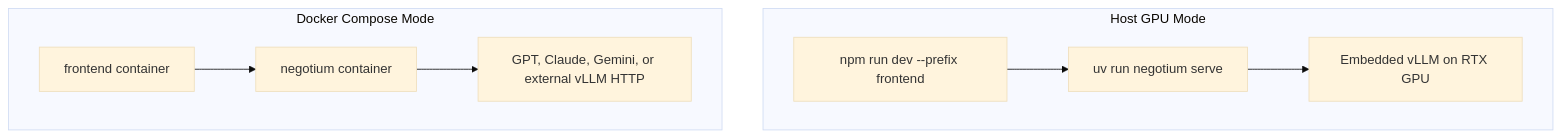
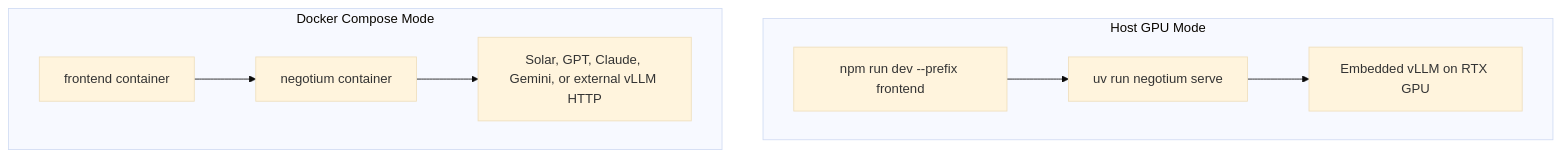
One commit to PatchMachine/Negotium changed the ninth of 9 diagrams in docs/architecture.md. Above: the diagram before and after it, drawn with Mermaid (base theme). The commit also changed other lines of this file and 2 other files, not shown here.

Commit message:
Update docs for Negotium + Solar: README migration guide, CLAUDE.md, architecture diagrams
Claude-Session: https://claude.ai/code/session_01PY6JT5sEmBZMMXSeZgbJy4

````diff
--- a/docs/architecture.md
+++ b/docs/architecture.md
@@ -214,15 +215,15 @@
 ```mermaid
 flowchart TB
   subgraph HostGpu["Host GPU Mode"]
     HostBackend["uv run negotium serve"]
     HostBackend --> EmbeddedVllm["Embedded vLLM on RTX GPU"]
     HostFrontend["npm run dev --prefix frontend"] --> HostBackend
   end
 
   subgraph DockerMode["Docker Compose Mode"]
     DockerFrontend["frontend container"]
     DockerBackend["negotium container"]
     DockerFrontend --> DockerBackend
-    DockerBackend --> CloudProviders["GPT, Claude, Gemini, or external vLLM HTTP"]
+    DockerBackend --> CloudProviders["Solar, GPT, Claude, Gemini, or external vLLM HTTP"]
   end
 ```
````
